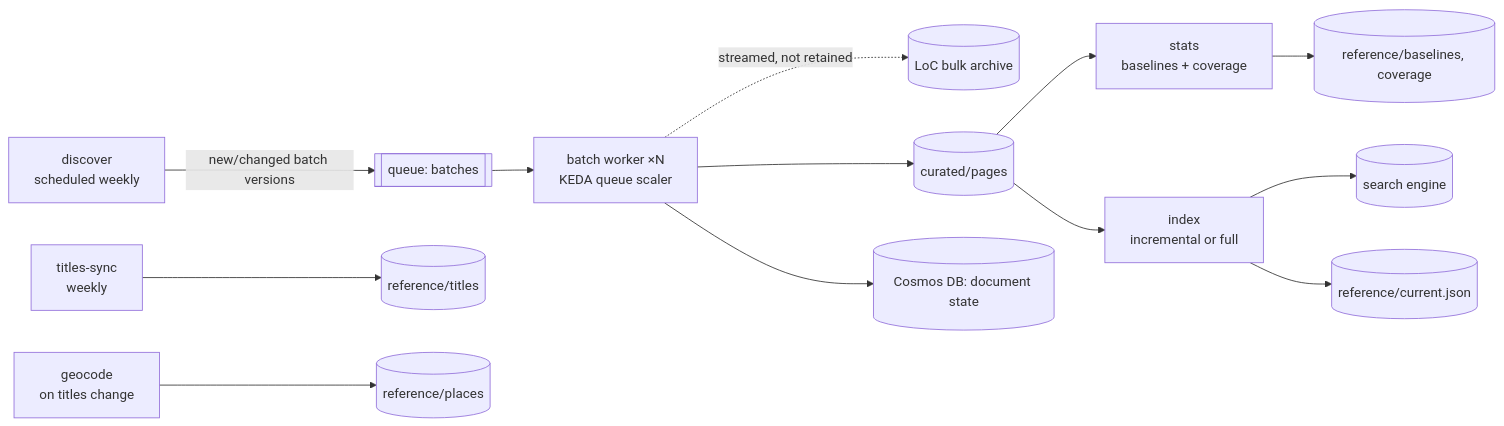
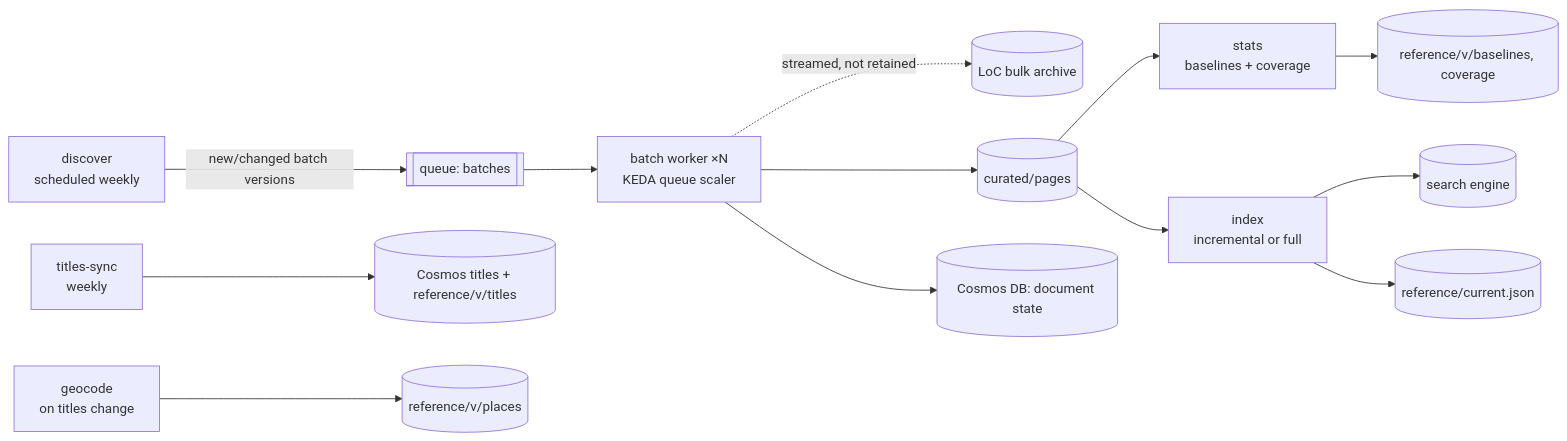
Before and after one commit to tgoodyear/usnewsmap.com: the diagram in docs/design/04-data-sources-and-ingestion.md, drawn with Mermaid. The commit also changed other lines of this file and 9 other files, not shown here.

````diff
--- a/docs/design/04-data-sources-and-ingestion.md
+++ b/docs/design/04-data-sources-and-ingestion.md
@@ -74,13 +76,13 @@
 ```mermaid
 flowchart LR
   D[discover<br/>scheduled weekly] -->|new/changed batch versions| Q[[queue: batches]]
   Q --> B[batch worker ×N<br/>KEDA queue scaler]
   B -. streamed, not retained .-> RAW[(LoC bulk archive)]
   B --> CUR[(curated/pages)]
   B --> MAN[(Cosmos DB: document state)]
-  T[titles-sync<br/>weekly] --> REFT[(reference/titles)]
-  G[geocode<br/>on titles change] --> REFP[(reference/places)]
-  CUR --> S[stats<br/>baselines + coverage] --> REFB[(reference/baselines, coverage)]
+  T[titles-sync<br/>weekly] --> REFT[(Cosmos titles + reference/v/titles)]
+  G[geocode<br/>on titles change] --> REFP[(reference/v/places)]
+  CUR --> S[stats<br/>baselines + coverage] --> REFB[(reference/v/baselines, coverage)]
   CUR --> I[index<br/>incremental or full] --> SE[(search engine)]
   I --> CURJ[(reference/current.json)]
 ```
````
